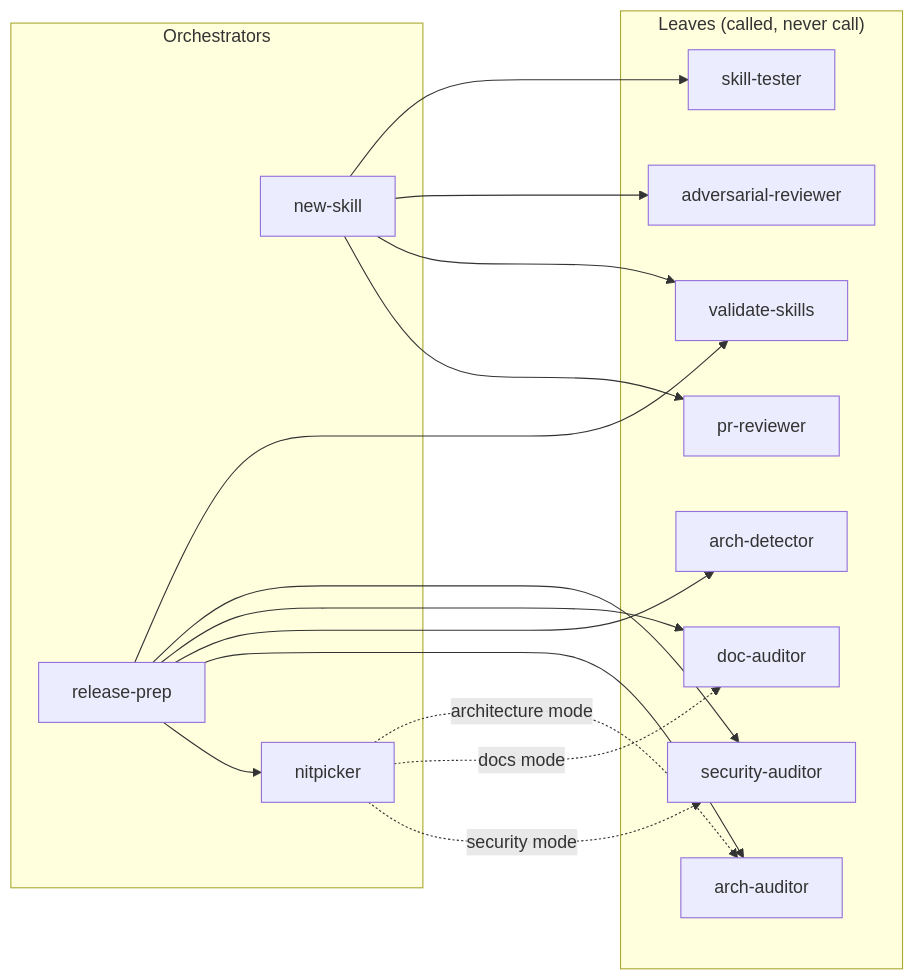
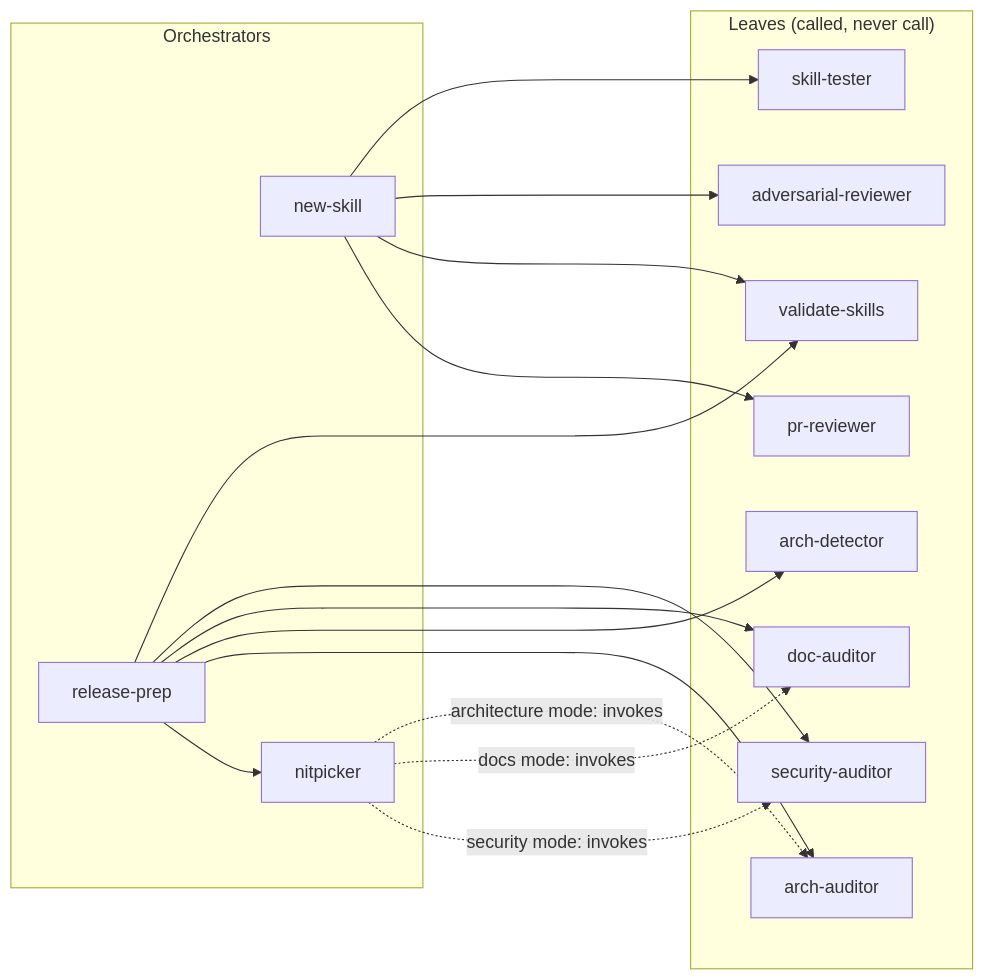
Before and after one commit to ivuorinen/skills: the sixth of 6 diagrams in .claude/skills/README.md, drawn with Mermaid. The commit also changed other lines of this file and 2 other files, not shown here.

````diff
--- a/.claude/skills/README.md
+++ b/.claude/skills/README.md
@@ -211,35 +213,35 @@
 ```mermaid
 graph LR
     subgraph orchestrators["Orchestrators"]
         NS[new-skill]
         RP[release-prep]
         NP[nitpicker]
     end
 
     subgraph leaves["Leaves (called, never call)"]
         AR[adversarial-reviewer]
         VS[validate-skills]
         AD[arch-detector]
         AA[arch-auditor]
         DA[doc-auditor]
         PR[pr-reviewer]
         SA[security-auditor]
         ST[skill-tester]
     end
 
     NS --> ST
     NS --> AR
     NS --> VS
     NS --> PR
 
     RP --> VS
     RP --> SA
     RP --> DA
     RP --> AD
     RP --> AA
     RP --> NP
 
-    NP -.->|architecture mode| AA
-    NP -.->|docs mode| DA
-    NP -.->|security mode| SA
+    NP -.->|architecture mode: invokes| AA
+    NP -.->|docs mode: invokes| DA
+    NP -.->|security mode: invokes| SA
 ```
````
